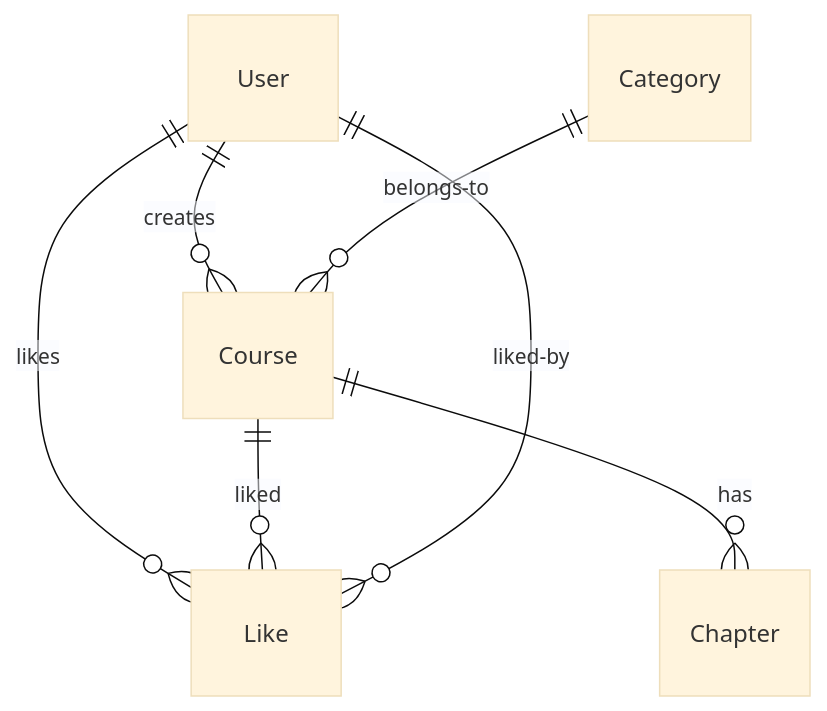
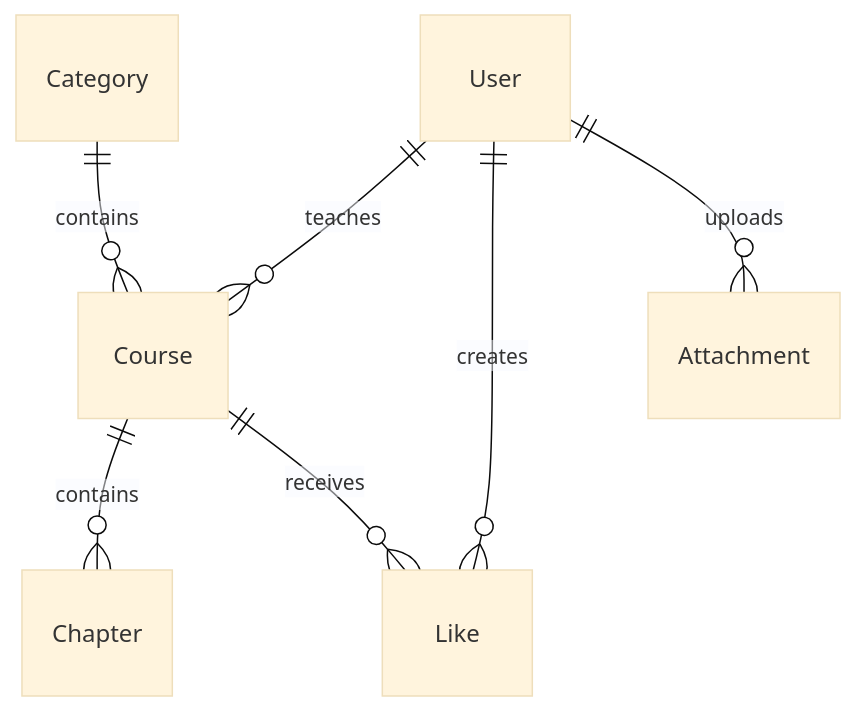
Before and after one commit to Cha0f/clwy_api: the diagram in README.md, drawn with Mermaid (base theme). The commit also changed other lines of this file and 67 other files, not shown here.

````diff
--- a/README.md
+++ b/README.md
@@ -407,9 +381,9 @@
 ```mermaid
 erDiagram
-    User ||--o{ Like : likes
-    User ||--o{ Course : creates
-    Category ||--o{ Course : belongs-to
-    Course ||--o{ Chapter : has
-    Course ||--o{ Like : liked
-    User ||--o{ Like : liked-by
+    Category ||--o{ Course : contains
+    User ||--o{ Course : teaches
+    Course ||--o{ Chapter : contains
+    User ||--o{ Like : creates
+    Course ||--o{ Like : receives
+    User ||--o{ Attachment : uploads
 ```
````
